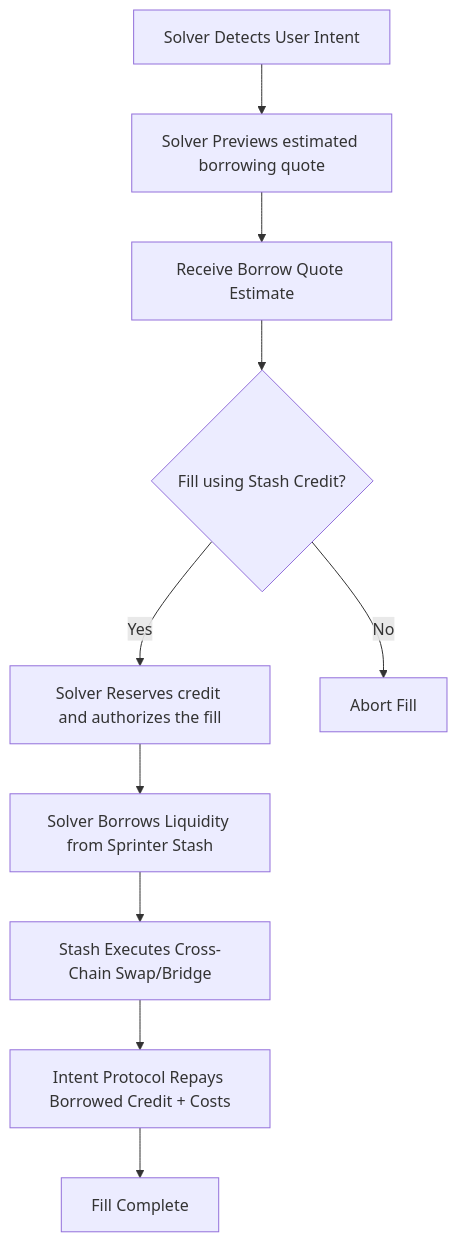
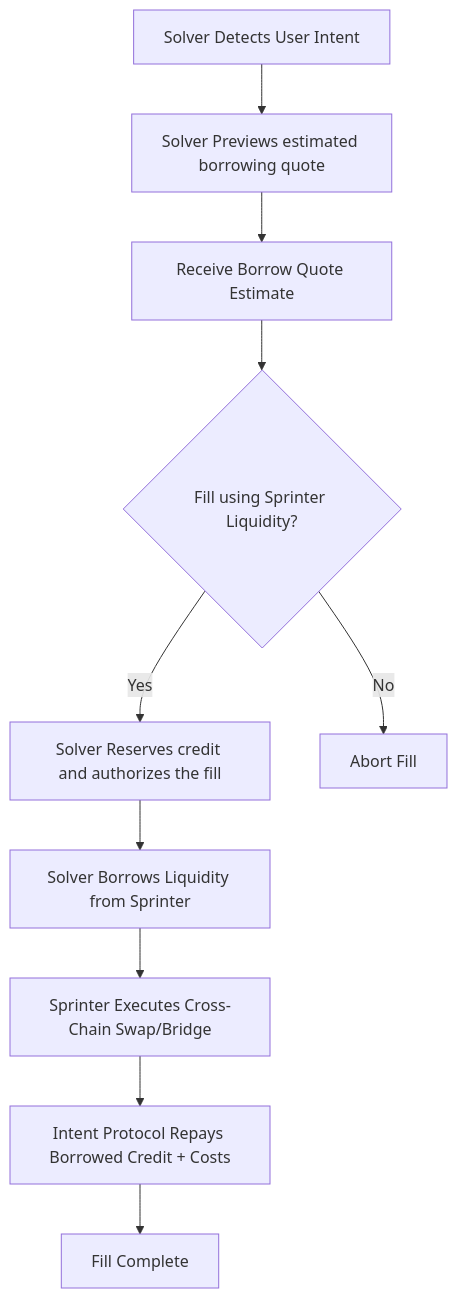
One commit to sprintertech/sprinter-sdk changed the diagram in stash-v1/integration-guide.mdx. Above: the diagram before and after it, drawn with Mermaid. The commit also changed other lines of this file and 9 other files, not shown here.

First line of the commit message:
docs: revamp Documentation tab — new framing, audience Quickstart, Sprinter Credit/Liquidity terms (#213)

````diff
--- a/stash-v1/integration-guide.mdx
+++ b/stash-v1/integration-guide.mdx
@@ -17,12 +17,12 @@
 ```mermaid
 flowchart TD
   A[Solver Detects User Intent] --> B[Solver Previews estimated borrowing quote]
   B --> C[Receive Borrow Quote Estimate]
-  C --> D{Fill using Stash Credit?}
+  C --> D{Fill using Sprinter Liquidity?}
   D -- Yes --> E[Solver Reserves credit and authorizes the fill]
   D -- No --> F[Abort Fill]
-  E --> G[Solver Borrows Liquidity from Sprinter Stash]
-  G --> H[Stash Executes Cross-Chain Swap/Bridge]
+  E --> G[Solver Borrows Liquidity from Sprinter]
+  G --> H[Sprinter Executes Cross-Chain Swap/Bridge]
   H --> I[Intent Protocol Repays Borrowed Credit + Costs]
   I --> J[Fill Complete]
 ```
````
